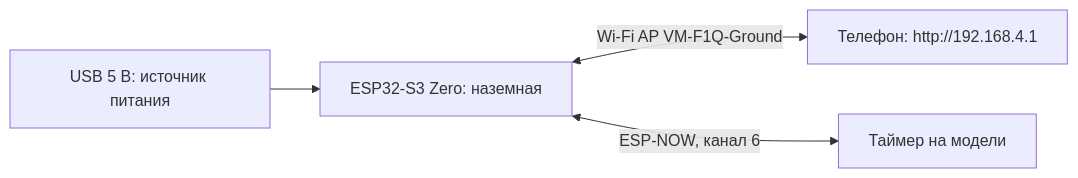
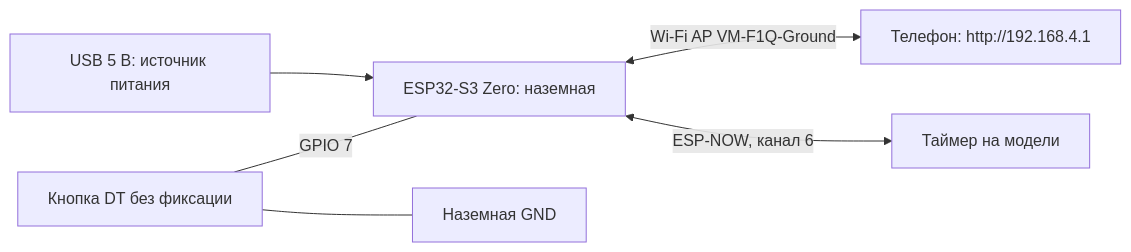
Before and after one commit to kudryavtsevov/VM_T1: the fourth of 4 diagrams in README.md, drawn with Mermaid. The commit also changed other lines of this file and 11 other files, not shown here.

````diff
--- a/README.md
+++ b/README.md
@@ -214,6 +221,8 @@
 ```mermaid
 flowchart LR
     USB[USB 5 В: источник питания] --> Ground[ESP32-S3 Zero: наземная]
+    Button[Кнопка DT без фиксации] ---|GPIO 7| Ground
+    Button --- GND[Наземная GND]
     Ground <-->|Wi-Fi AP VM-F1Q-Ground| Phone[Телефон: http://192.168.4.1]
     Ground <-->|ESP-NOW, канал 6| Timer[Таймер на модели]
 ```
````
